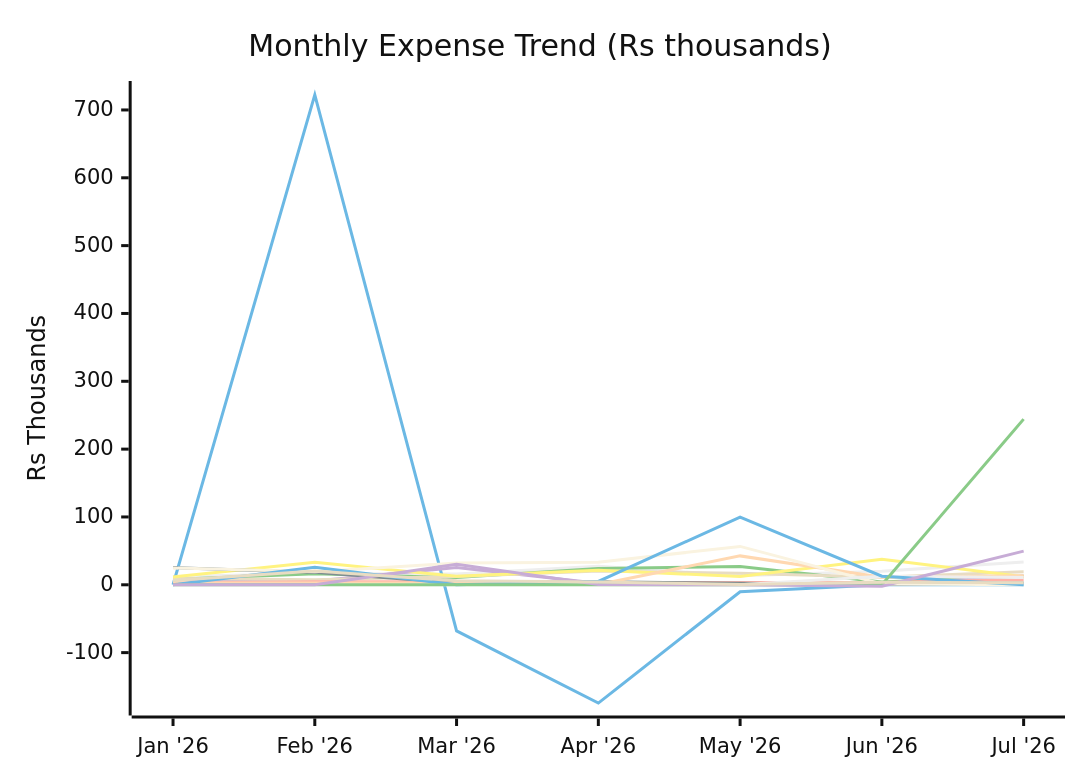
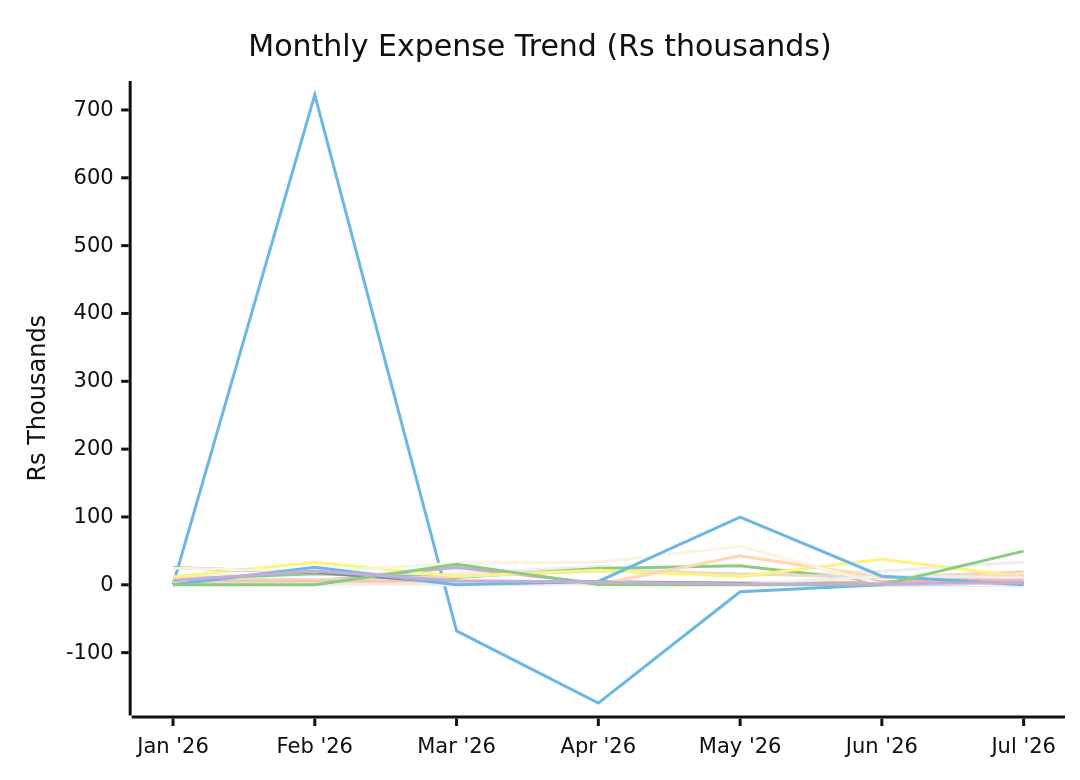
One commit to sachin-hg/expense-reporter changed the first of 3 diagrams in reports/2026-07.md. Above: the diagram before and after it, drawn with Mermaid (neutral theme). The commit also changed other lines of this file and 11 other files, not shown here.

First line of the commit message:
Exclude investments from main trend chart; add separate investments bar chart

````diff
--- a/reports/2026-07.md
+++ b/reports/2026-07.md
@@ -28,21 +28,20 @@
 ```mermaid
 xychart-beta
     title "Monthly Expense Trend (Rs thousands)"
     x-axis ["Jan '26", "Feb '26", "Mar '26", "Apr '26", "May '26", "Jun '26", "Jul '26"]
     y-axis "Rs Thousands" -175 --> 725
     line "Travel" [12.2, 16.5, 15.9, 27.3, 13.3, 20.0, 33.6]
     line "Trip" [0.0, 722.3, -67.9, -174.4, -10.2, 0.0, 0.0]
-    line "Shopping" [7.8, 16.4, 10.6, 24.2, 26.8, 4.3, 12.7]
+    line "Shopping" [7.8, 16.4, 10.6, 24.2, 27.9, 4.3, 12.7]
     line "Baby" [7.7, 5.6, 25.3, 2.4, 1.0, 0.8, 12.8]
-    line "Outside Food" [9.5, 7.6, 12.1, 20.3, 16.9, 11.2, 19.4]
-    line "Grocery" [2.5, 4.5, 4.7, 3.4, 3.2, 3.5, 7.4]
-    line "Utilities & Bills" [11.5, 33.2, 12.6, 21.3, 12.3, 37.7, 11.7]
+    line "Outside Food" [9.5, 7.6, 12.1, 20.3, 16.4, 10.9, 19.1]
+    line "Grocery" [2.5, 4.5, 4.7, 3.4, 2.1, 3.8, 7.4]
+    line "Utilities & Bills" [11.5, 33.2, 12.6, 21.3, 12.3, 37.7, 12.0]
     line "Health, Fitness & Self Care" [25.5, 18.3, 2.5, 4.4, 2.3, 0.6, 2.5]
     line "Upskill / AI" [2.6, 2.5, 2.6, 0.4, 42.6, 11.0, 13.3]
     line "Rohan" [24.8, 19.3, 32.0, 33.1, 56.6, 1.1, -0.0]
     line "Papa" [0.0, 0.0, 0.0, 0.0, 0.0, 12.5, 10.6]
     line "One-Time Expense" [0.0, 25.8, 0.0, 5.0, 99.7, 12.7, 0.0]
-    line "Investments" [0.0, 0.0, 0.0, 0.0, 0.0, 0.0, 244.2]
-    line "Tax" [0.0, 0.0, 30.3, 0.3, 0.2, -2.1, 49.6]
-    line "Others" [6.3, 20.3, 5.9, 4.3, 0.5, 3.7, 2.9]
+    line "Tax" [0.0, 0.0, 30.3, 0.3, 0.2, 0.0, 49.6]
+    line "Others" [6.3, 20.3, 5.9, 4.3, 1.0, 1.6, 2.9]
 ```
````
